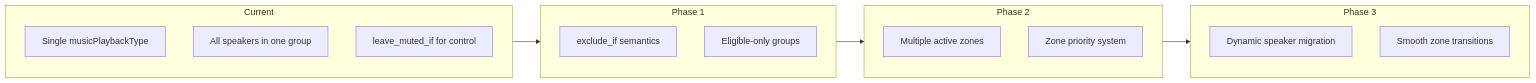
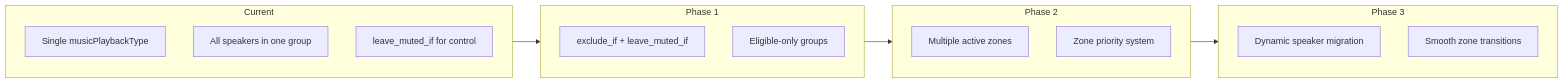
The fourth of 4 diagrams in docs/architecture/MULTI_ZONE_MUSIC.md (NickBorgers/home-automation), drawn with Mermaid before and after one commit. The commit also changed other lines of this file, not shown here.

First line of the commit message:
docs: Keep leave_muted_if alongside exclude_if in multi-zone design

````diff
--- a/docs/architecture/MULTI_ZONE_MUSIC.md
+++ b/docs/architecture/MULTI_ZONE_MUSIC.md
@@ -242,27 +247,27 @@
 ```mermaid
 flowchart LR
     subgraph Current["Current"]
         A["Single musicPlaybackType"]
         B["All speakers in one group"]
         C["leave_muted_if for control"]
     end
 
     subgraph Phase1["Phase 1"]
-        D["exclude_if semantics"]
+        D["exclude_if + leave_muted_if"]
         E["Eligible-only groups"]
     end
 
     subgraph Phase2["Phase 2"]
         F["Multiple active zones"]
         G["Zone priority system"]
     end
 
     subgraph Phase3["Phase 3"]
         H["Dynamic speaker migration"]
         I["Smooth zone transitions"]
     end
 
     Current --> Phase1
     Phase1 --> Phase2
     Phase2 --> Phase3
 ```
````
